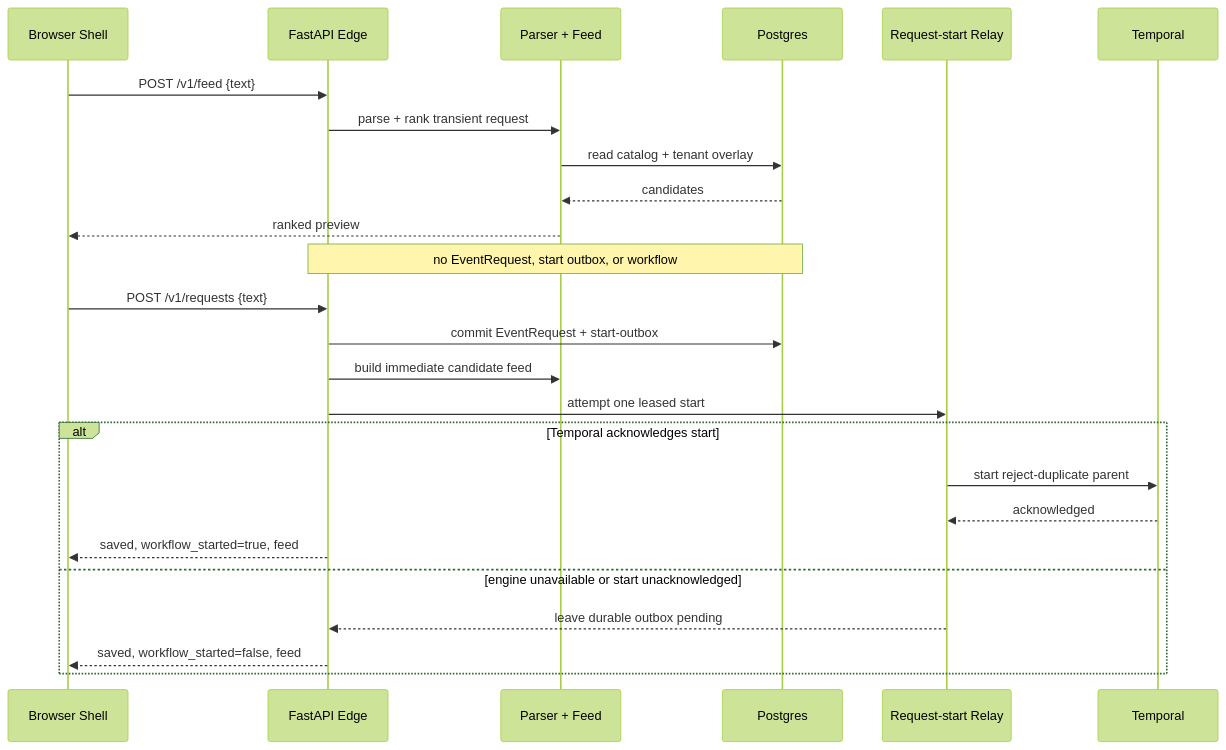
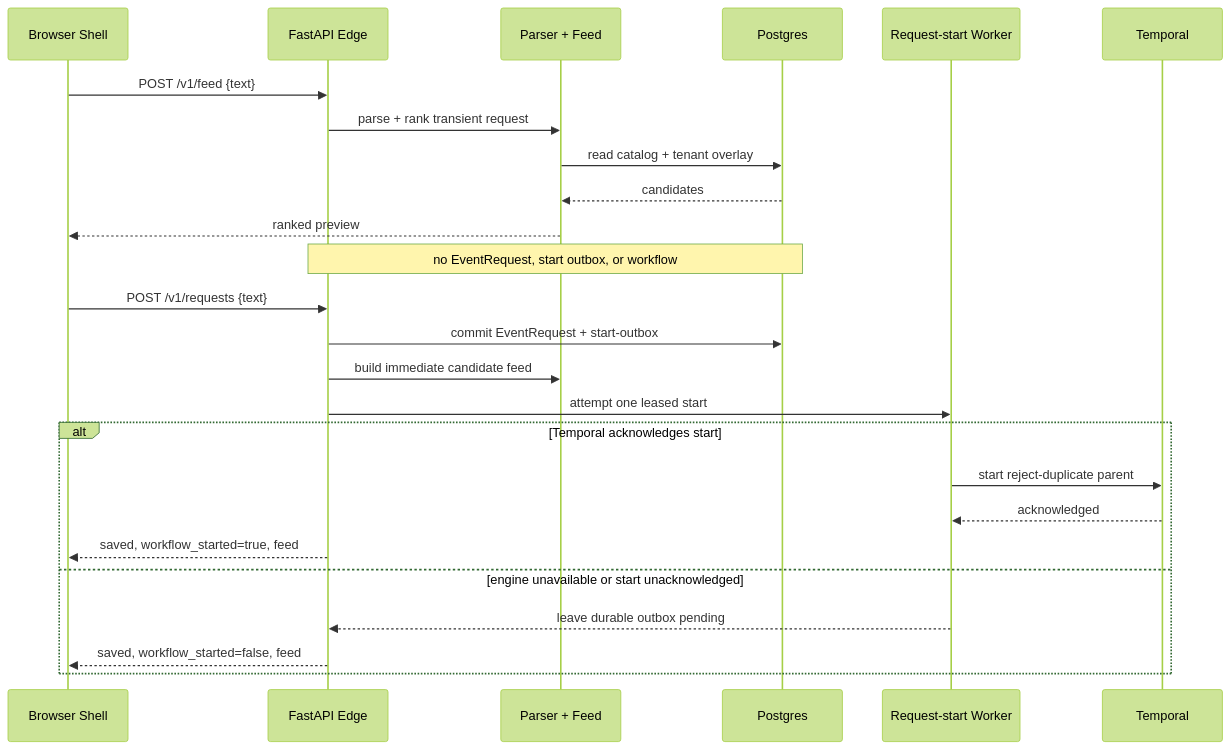
One commit to iliazlobin/events-concierge changed the sixth of 7 diagrams in design/system-design.md. Above: the diagram before and after it, drawn with Mermaid (forest theme). The commit also changed other lines of this file and 40 other files, not shown here.

````diff
--- a/design/system-design.md
+++ b/design/system-design.md
@@ -691,29 +691,29 @@
 ```mermaid
 sequenceDiagram
     participant B as Browser Shell
     participant A as FastAPI Edge
     participant F as Parser + Feed
     participant P as Postgres
-    participant S as Request-start Relay
+    participant S as Request-start Worker
     participant W as Temporal
 
     B->>A: POST /v1/feed {text}
     A->>F: parse + rank transient request
     F->>P: read catalog + tenant overlay
     P-->>F: candidates
     F-->>B: ranked preview
     Note over A,P: no EventRequest, start outbox, or workflow
 
     B->>A: POST /v1/requests {text}
     A->>P: commit EventRequest + start-outbox
     A->>F: build immediate candidate feed
     A->>S: attempt one leased start
     alt Temporal acknowledges start
         S->>W: start reject-duplicate parent
         W-->>S: acknowledged
         A-->>B: saved, workflow_started=true, feed
     else engine unavailable or start unacknowledged
         S-->>A: leave durable outbox pending
         A-->>B: saved, workflow_started=false, feed
     end
 ```
````
